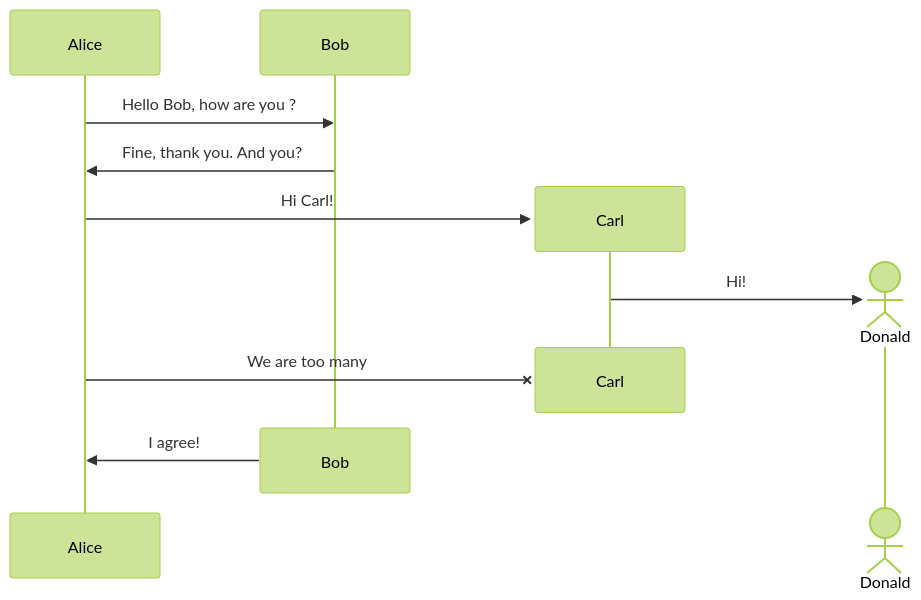
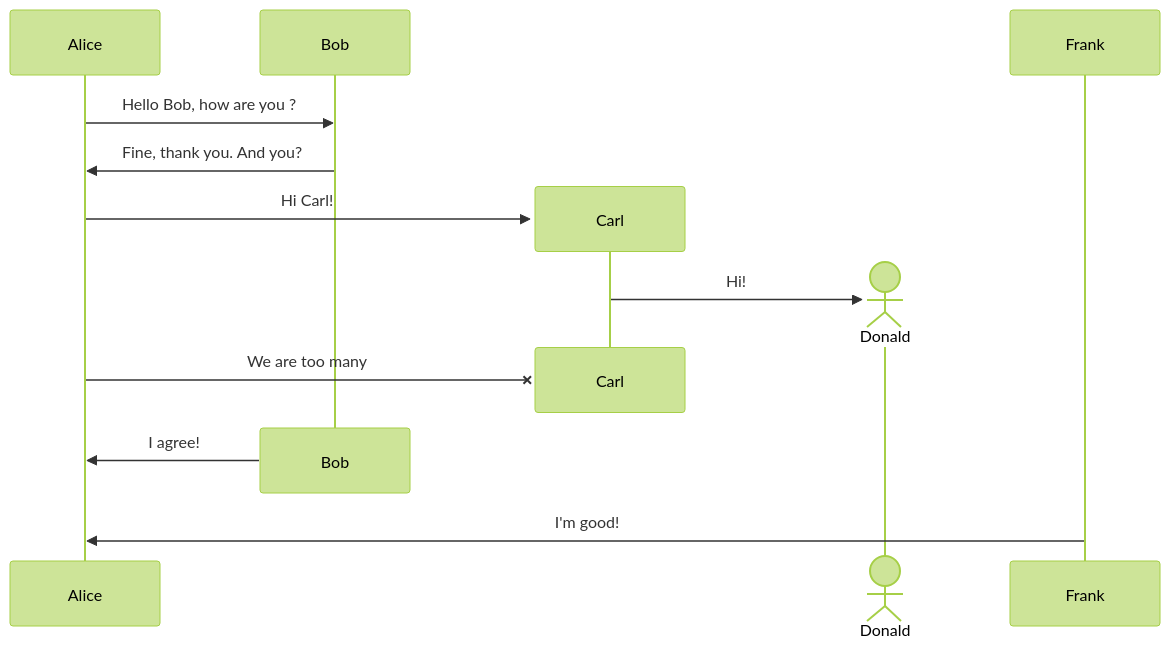
Before and after one commit to FrankJMB/mywebsite: the diagram in about.markdown, drawn with Mermaid (forest theme). The commit also changed 1 other file, not shown here.

Commit message:
Frank2Alice

```diff
--- a/about.markdown
+++ b/about.markdown
@@ -22,13 +22,14 @@
 {% mermaid %}
 sequenceDiagram
     Alice->>Bob: Hello Bob, how are you ?
     Bob->>Alice: Fine, thank you. And you?
     create participant Carl
     Alice->>Carl: Hi Carl!
     create actor D as Donald
     Carl->>D: Hi!
     destroy Carl
     Alice-xCarl: We are too many
     destroy Bob
     Bob->>Alice: I agree!
+    Frank->>Alice: I'm good!
 {% endmermaid %}
```
